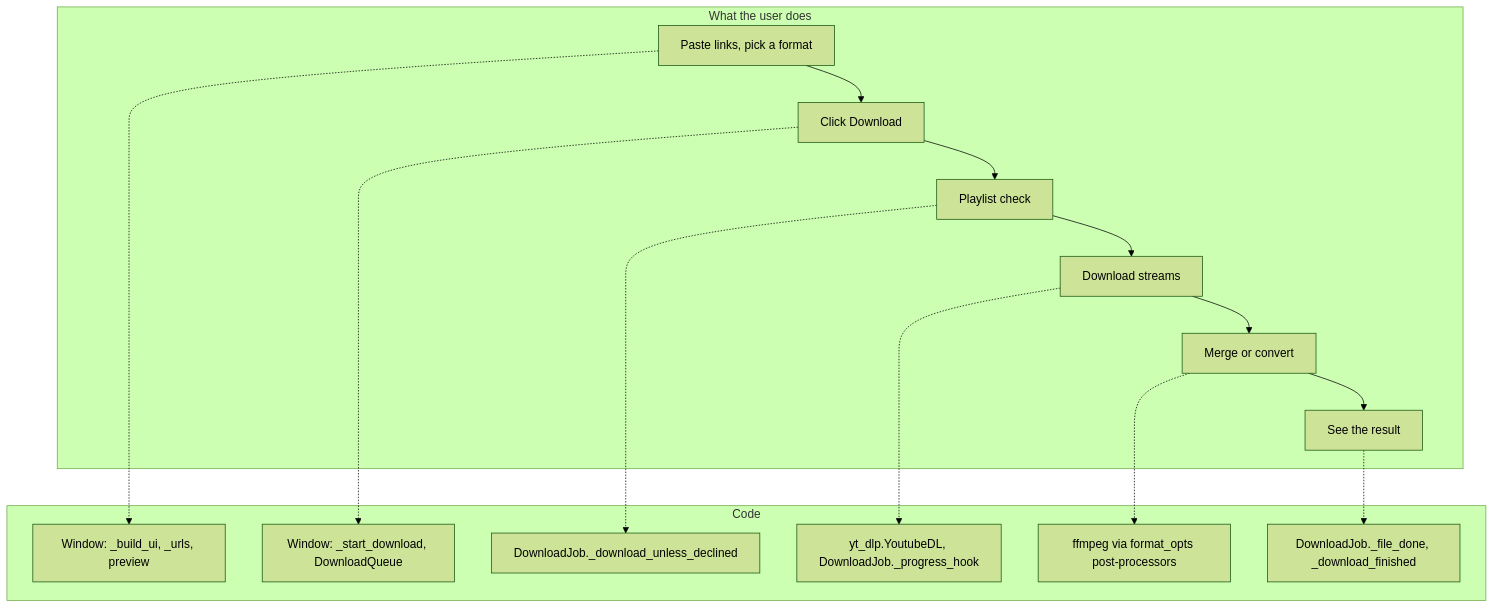
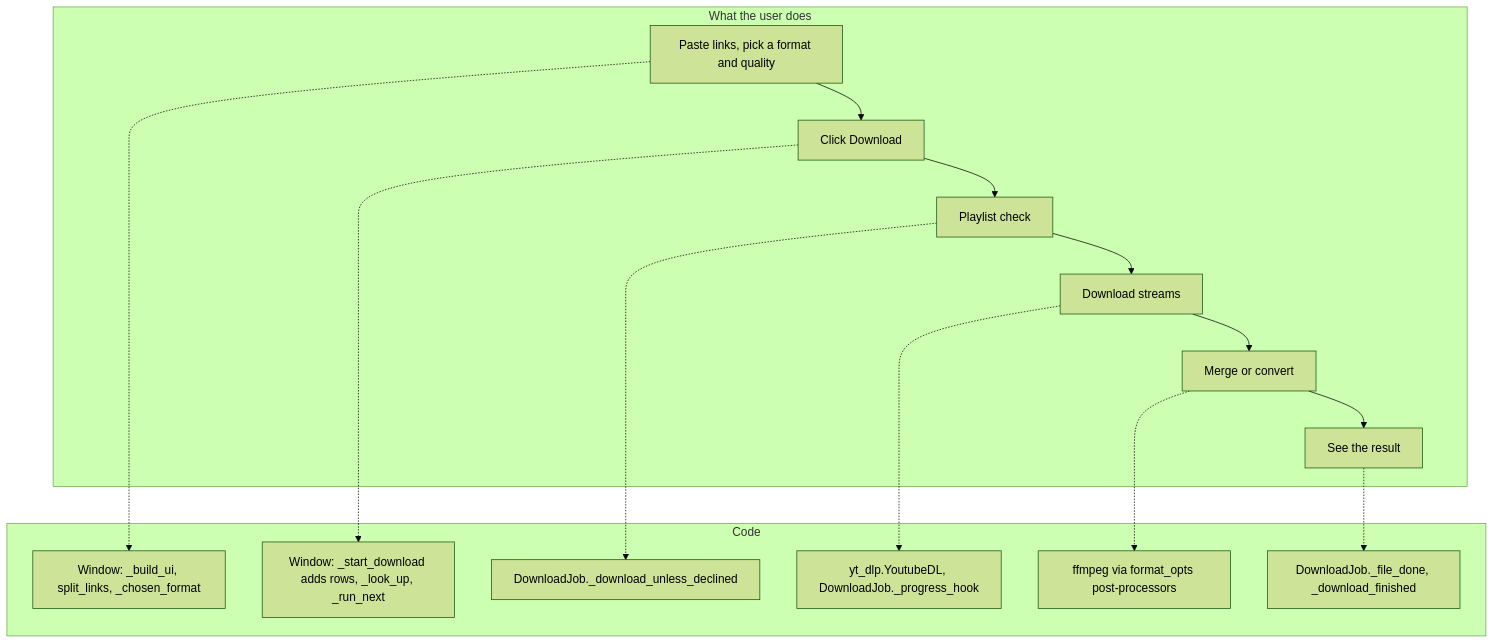
Before and after one commit to lifeupnorth/YouTubeDownloader: the diagram in docs/wiki/01-overview.md, drawn with Mermaid (forest theme). The commit also changed other lines of this file and 24 other files, not shown here.

````diff
--- a/docs/wiki/01-overview.md
+++ b/docs/wiki/01-overview.md
@@ -60,24 +61,24 @@
 ```mermaid
 flowchart TB
     subgraph concepts ["What the user does"]
-        pick["Paste links, pick a format"] --> start["Click Download"]
+        pick["Paste links, pick a format and quality"] --> start["Click Download"]
         start --> list["Playlist check"]
         list --> fetch["Download streams"]
         fetch --> post["Merge or convert"]
         post --> report["See the result"]
     end
     subgraph code ["Code"]
-        c1["Window: _build_ui, _urls, preview"]
-        c2["Window: _start_download, DownloadQueue"]
+        c1["Window: _build_ui, split_links, _chosen_format"]
+        c2["Window: _start_download adds rows, _look_up, _run_next"]
         c3["DownloadJob._download_unless_declined"]
         c4["yt_dlp.YoutubeDL, DownloadJob._progress_hook"]
         c5["ffmpeg via format_opts post-processors"]
         c6["DownloadJob._file_done, _download_finished"]
     end
     pick -.-> c1
     start -.-> c2
     list -.-> c3
     fetch -.-> c4
     post -.-> c5
     report -.-> c6
 ```
````
